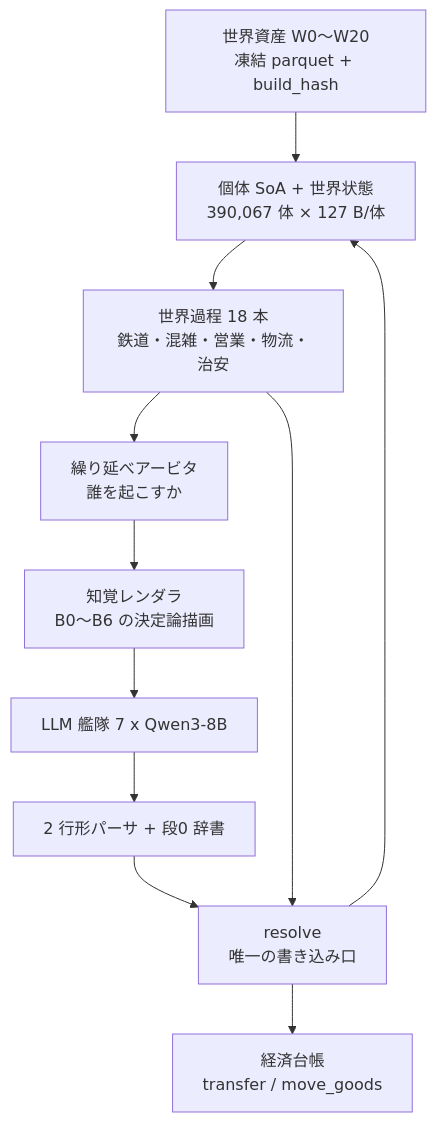
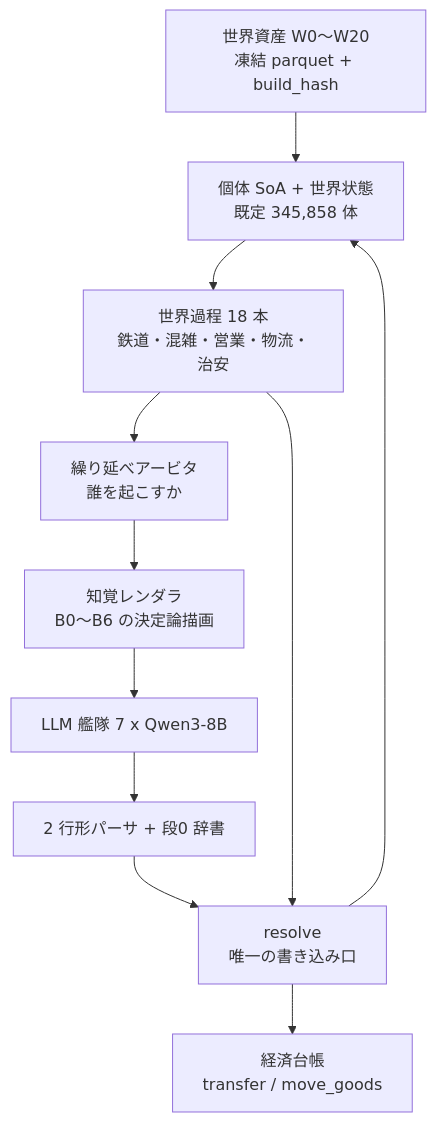
Before and after one commit to spacedream6090-svg/shibuya-simulation-v2: the first of 7 diagrams in docs/design/v2-architecture-overview-detailed.md, drawn with Mermaid. The commit also changed other lines of this file and 1 other file, not shown here.

````diff
--- a/docs/design/v2-architecture-overview-detailed.md
+++ b/docs/design/v2-architecture-overview-detailed.md
@@ -38,17 +38,17 @@
 ```mermaid
 flowchart TD
   ASSET["世界資産 W0〜W20<br/>凍結 parquet + build_hash"]
-  STATE["個体 SoA + 世界状態<br/>390,067 体 × 127 B/体"]
+  STATE["個体 SoA + 世界状態<br/>既定 345,858 体"]
   PROC["世界過程 18 本<br/>鉄道・混雑・営業・物流・治安"]
   ARB["繰り延べアービタ<br/>誰を起こすか"]
   REND["知覚レンダラ<br/>B0〜B6 の決定論描画"]
   FLEET["LLM 艦隊 7 x Qwen3-8B"]
   PARSE["2 行形パーサ + 段0 辞書"]
   RES["resolve<br/>唯一の書き込み口"]
   LEDG["経済台帳<br/>transfer / move_goods"]
   ASSET --> STATE
   STATE --> PROC --> ARB --> REND --> FLEET --> PARSE --> RES
   RES --> STATE
   RES --> LEDG
   PROC --> RES
 ```
````
